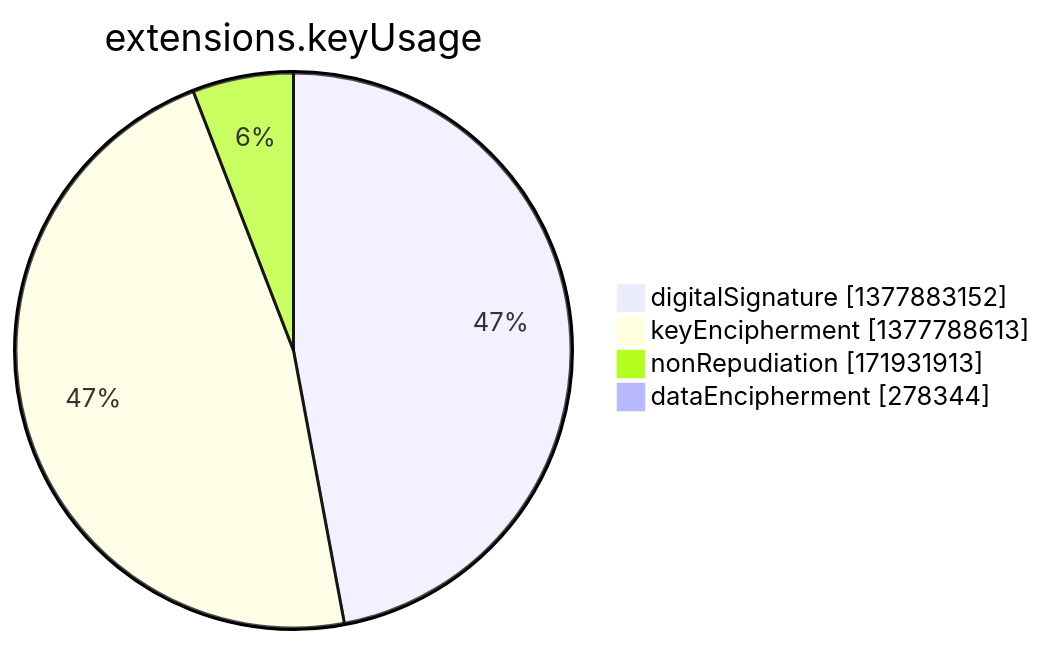
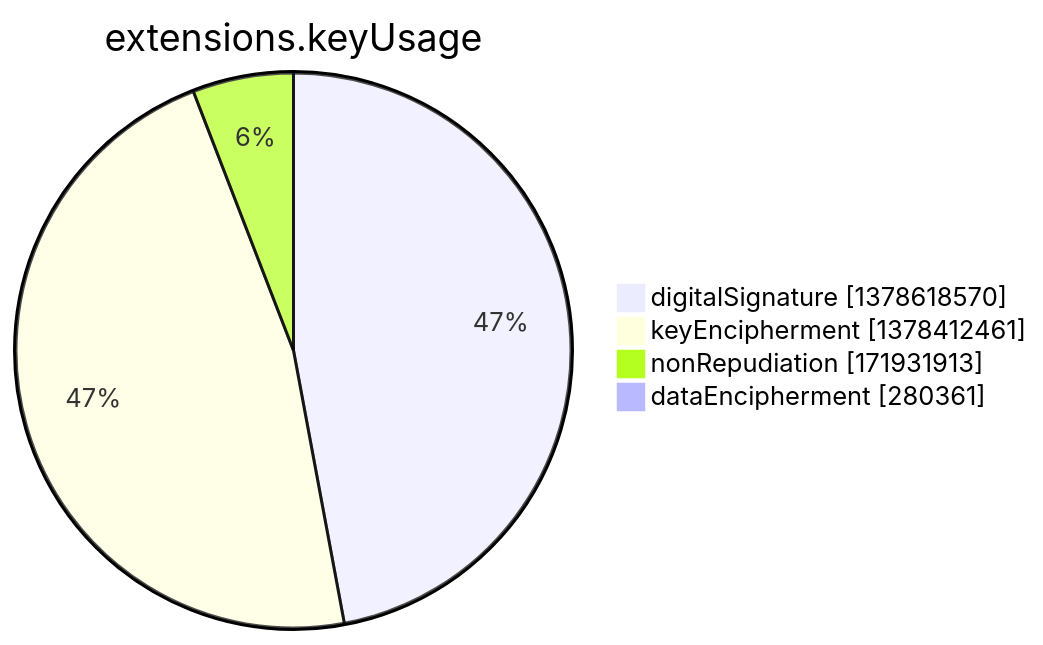
Before and after one commit to christiankrug/ctmonitor_visualization: the seventh of 15 diagrams in argon2022/README.md, drawn with Mermaid. The commit also changed other lines of this file, not shown here.

````diff
--- a/argon2022/README.md
+++ b/argon2022/README.md
@@ -2751,8 +2751,8 @@
 ```mermaid
 pie showData
 title extensions.keyUsage
-"digitalSignature" :1377883152
-"keyEncipherment" :1377788613
+"digitalSignature" :1378618570
+"keyEncipherment" :1378412461
 "nonRepudiation" :171931913
-"dataEncipherment" :278344
+"dataEncipherment" :280361
 ```
````
